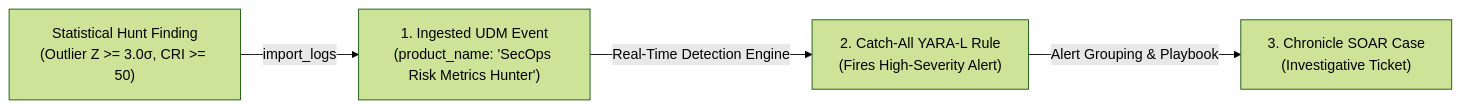
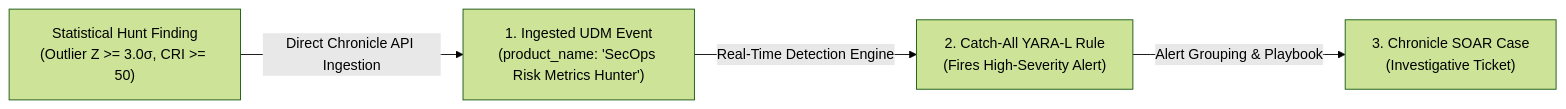
One commit to GooGKush/secops-risk-metrics-multistage changed the diagram in references/clean-handoff-udm-schema.md. Above: the diagram before and after it, drawn with Mermaid (forest theme). The commit also changed other lines of this file and 1 other file, not shown here.

Commit message:
Harden clean handoff with affirmative routing, multi-event batches, and official UDM fields

````diff
--- a/references/clean-handoff-udm-schema.md
+++ b/references/clean-handoff-udm-schema.md
@@ -11,6 +11,6 @@
 ```mermaid
 flowchart LR
-    A["Statistical Hunt Finding<br>(Outlier Z >= 3.0σ, CRI >= 50)"] -->|import_logs| B["1. Ingested UDM Event<br>(product_name: 'SecOps Risk Metrics Hunter')"]
+    A["Statistical Hunt Finding<br>(Outlier Z >= 3.0σ, CRI >= 50)"] -->|Direct Chronicle API Ingestion| B["1. Ingested UDM Event<br>(product_name: 'SecOps Risk Metrics Hunter')"]
     B -->|Real-Time Detection Engine| C["2. Catch-All YARA-L Rule<br>(Fires High-Severity Alert)"]
     C -->|Alert Grouping & Playbook| D["3. Chronicle SOAR Case<br>(Investigative Ticket)"]
 ```
````
